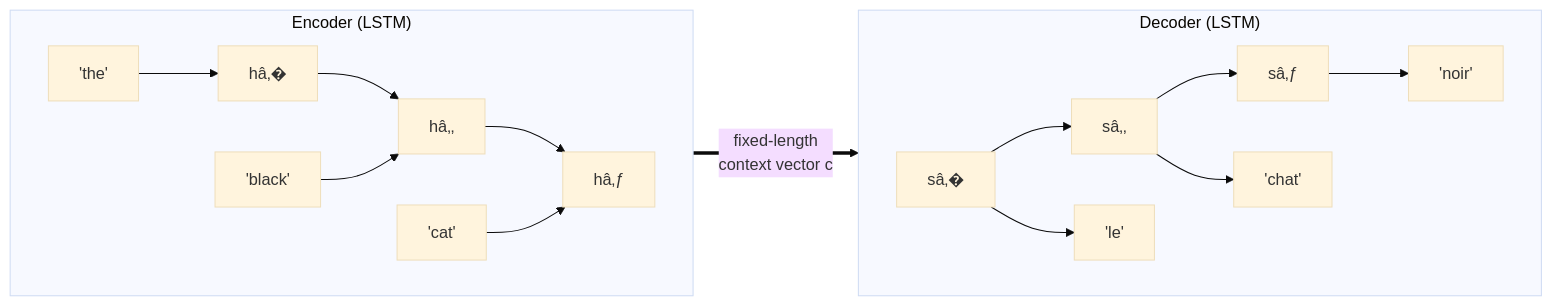
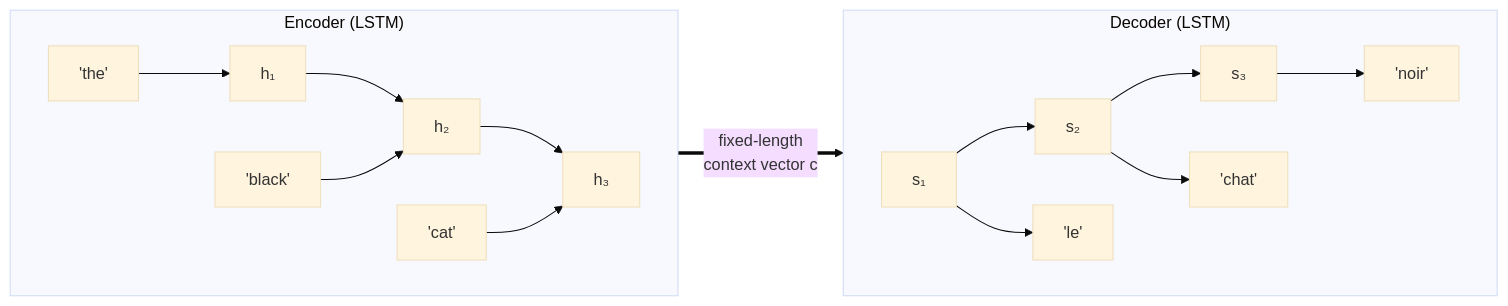
The ninth of 15 diagrams in README.md (cyourth/neural-network-lineage), drawn with Mermaid (base theme) before and after one commit. The commit also changed other lines of this file, not shown here.

````diff
--- a/README.md
+++ b/README.md
@@ -426,17 +426,17 @@
 ```mermaid
 flowchart LR
     subgraph ENC["Encoder (LSTM)"]
         direction LR
-        a["'the'"] --> e1["hâ‚�"] --> e2["hâ‚‚"] --> e3["hâ‚ƒ"]
+        a["'the'"] --> e1["h₁"] --> e2["h₂"] --> e3["h₃"]
         b["'black'"] --> e2
         c["'cat'"] --> e3
     end
     e3 ==>|"fixed-length<br/>context vector c"| d1
     subgraph DEC["Decoder (LSTM)"]
         direction LR
-        d1["sâ‚�"] --> d2["sâ‚‚"] --> d3["sâ‚ƒ"]
+        d1["s₁"] --> d2["s₂"] --> d3["s₃"]
         d1 --> o1["'le'"]
         d2 --> o2["'chat'"]
         d3 --> o3["'noir'"]
     end
 ```
````
